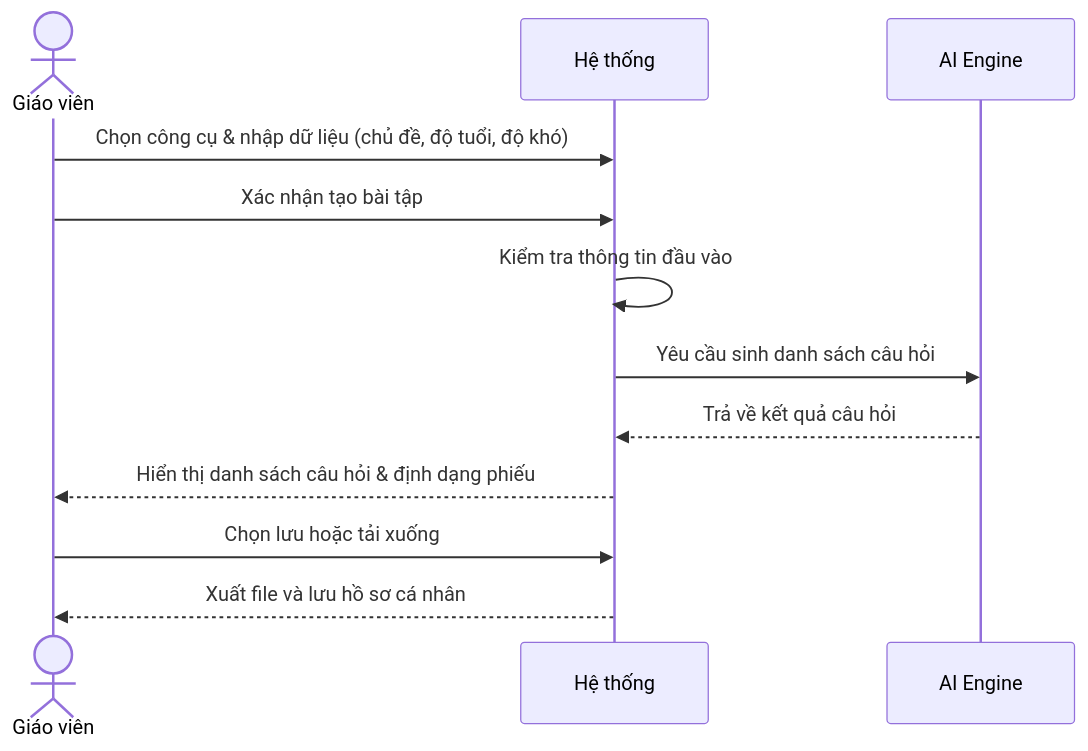
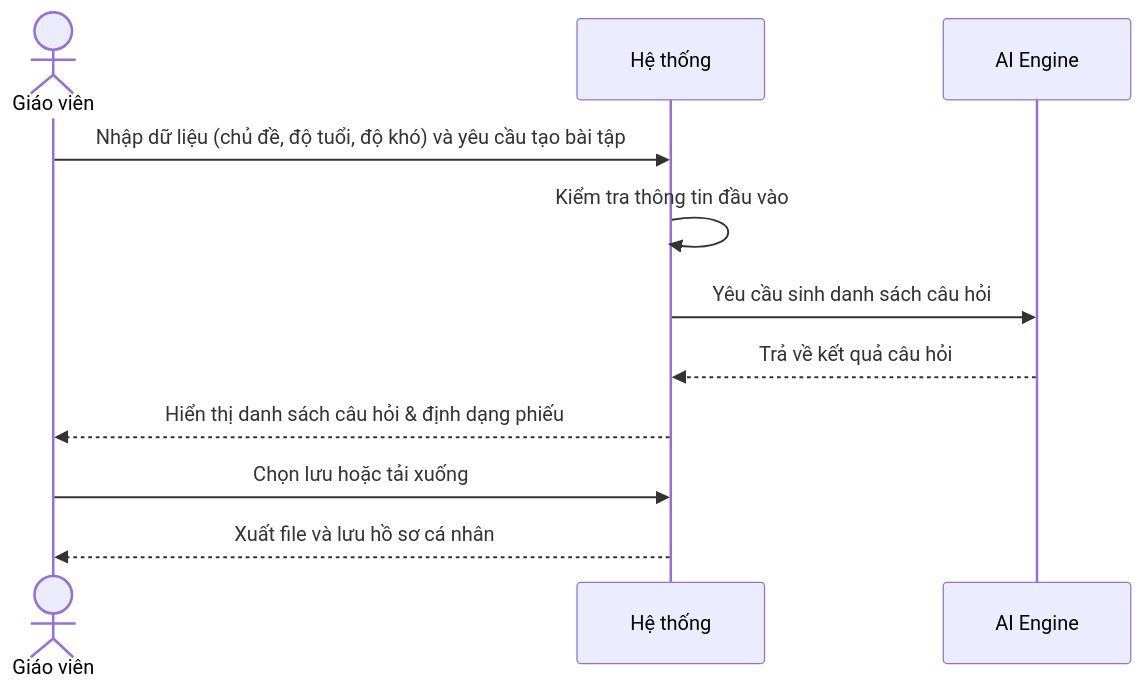
One commit to Cong-ty-TNNH-Q-Tech/Q-School changed the third of 6 diagrams in docs/usecase/nhom_1_soan_giang.md. Above: the diagram before and after it, drawn with Mermaid. The commit also changed other lines of this file and 4 other files, not shown here.

Commit message:
docs(usecase): standardize all tables and sequence diagrams, fix temporal logic and AI roles

````diff
--- a/docs/usecase/nhom_1_soan_giang.md
+++ b/docs/usecase/nhom_1_soan_giang.md
@@ -23,15 +83,14 @@
 ```mermaid
 sequenceDiagram
     actor GV as Giáo viên
     participant HT as Hệ thống
     participant AI as AI Engine
 
-    GV->>HT: Chọn công cụ & nhập dữ liệu (chủ đề, độ tuổi, độ khó)
-    GV->>HT: Xác nhận tạo bài tập
+    GV->>HT: Nhập dữ liệu (chủ đề, độ tuổi, độ khó) và yêu cầu tạo bài tập
     HT->>HT: Kiểm tra thông tin đầu vào
     HT->>AI: Yêu cầu sinh danh sách câu hỏi
     AI-->>HT: Trả về kết quả câu hỏi
     HT-->>GV: Hiển thị danh sách câu hỏi & định dạng phiếu
     GV->>HT: Chọn lưu hoặc tải xuống
     HT-->>GV: Xuất file và lưu hồ sơ cá nhân
 ```
````
